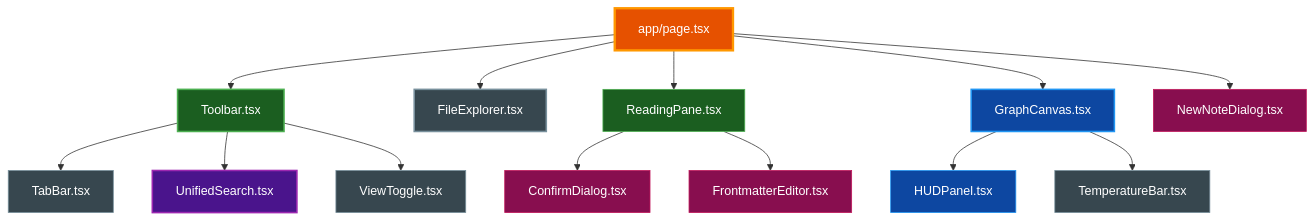
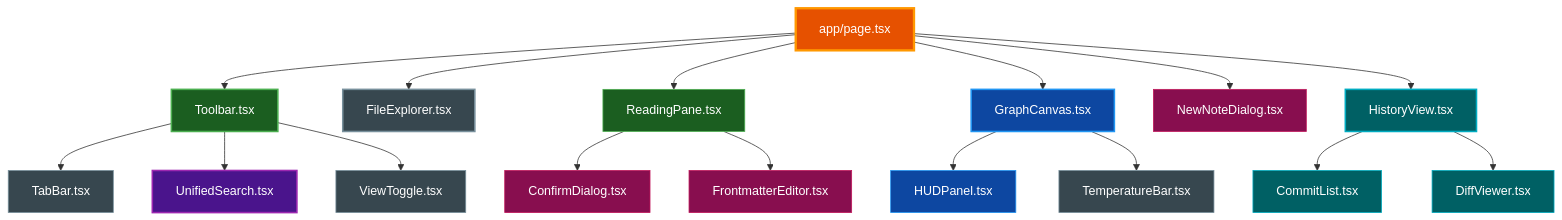
Before and after one commit to paulrobello/parsidion-cc: the second of 4 diagrams in docs/VISUALIZER.md, drawn with Mermaid. The commit also changed other lines of this file, not shown here.

Commit message:
docs: update VISUALIZER.md with git diff viewer feature

````diff
--- a/docs/VISUALIZER.md
+++ b/docs/VISUALIZER.md
@@ -102,43 +116,52 @@
 ```mermaid
 graph TD
     Page[app/page.tsx]
     Toolbar[Toolbar.tsx]
     TabBar[TabBar.tsx]
     Search[UnifiedSearch.tsx]
     ViewToggle[ViewToggle.tsx]
     Sidebar[FileExplorer.tsx]
     ReadPane[ReadingPane.tsx]
     GraphCanvas[GraphCanvas.tsx]
     HUD[HUDPanel.tsx]
     TempBar[TemperatureBar.tsx]
     NewNote[NewNoteDialog.tsx]
     Confirm[ConfirmDialog.tsx]
     FmEditor[FrontmatterEditor.tsx]
+    HistView[HistoryView.tsx]
+    CommitList[CommitList.tsx]
+    DiffViewer[DiffViewer.tsx]
 
     Page --> Toolbar
     Toolbar --> TabBar
     Toolbar --> Search
     Toolbar --> ViewToggle
     Page --> Sidebar
     Page --> ReadPane
     Page --> GraphCanvas
     Page --> NewNote
+    Page --> HistView
     ReadPane --> Confirm
     ReadPane --> FmEditor
     GraphCanvas --> HUD
     GraphCanvas --> TempBar
+    HistView --> CommitList
+    HistView --> DiffViewer
 
     style Page fill:#e65100,stroke:#ff9800,stroke-width:3px,color:#ffffff
     style Toolbar fill:#1b5e20,stroke:#4caf50,stroke-width:2px,color:#ffffff
     style GraphCanvas fill:#0d47a1,stroke:#2196f3,stroke-width:2px,color:#ffffff
     style HUD fill:#0d47a1,stroke:#2196f3,stroke-width:1px,color:#ffffff
     style Sidebar fill:#37474f,stroke:#78909c,stroke-width:2px,color:#ffffff
     style ReadPane fill:#1b5e20,stroke:#4caf50,stroke-width:1px,color:#ffffff
     style TabBar fill:#37474f,stroke:#78909c,stroke-width:1px,color:#ffffff
     style Search fill:#4a148c,stroke:#9c27b0,stroke-width:2px,color:#ffffff
     style ViewToggle fill:#37474f,stroke:#78909c,stroke-width:1px,color:#ffffff
     style TempBar fill:#37474f,stroke:#78909c,stroke-width:1px,color:#ffffff
     style NewNote fill:#880e4f,stroke:#c2185b,stroke-width:1px,color:#ffffff
     style Confirm fill:#880e4f,stroke:#c2185b,stroke-width:1px,color:#ffffff
     style FmEditor fill:#880e4f,stroke:#c2185b,stroke-width:1px,color:#ffffff
+    style HistView fill:#006064,stroke:#00acc1,stroke-width:2px,color:#ffffff
+    style CommitList fill:#006064,stroke:#00acc1,stroke-width:1px,color:#ffffff
+    style DiffViewer fill:#006064,stroke:#00acc1,stroke-width:1px,color:#ffffff
 ```
````
